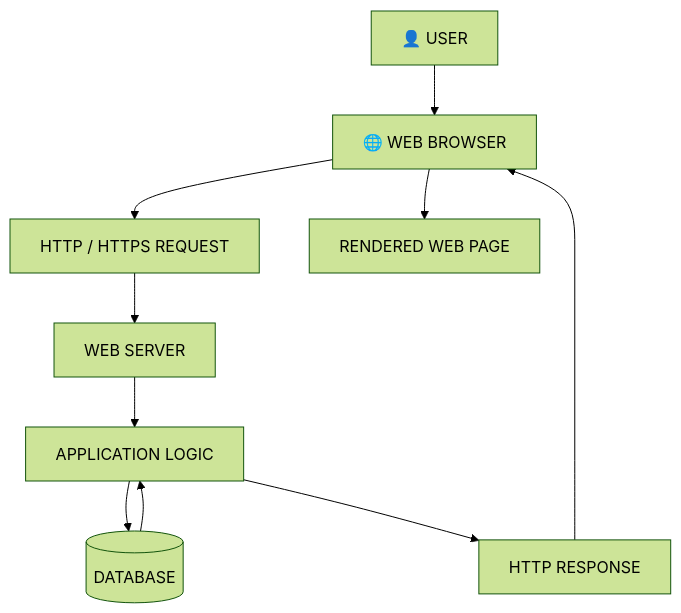
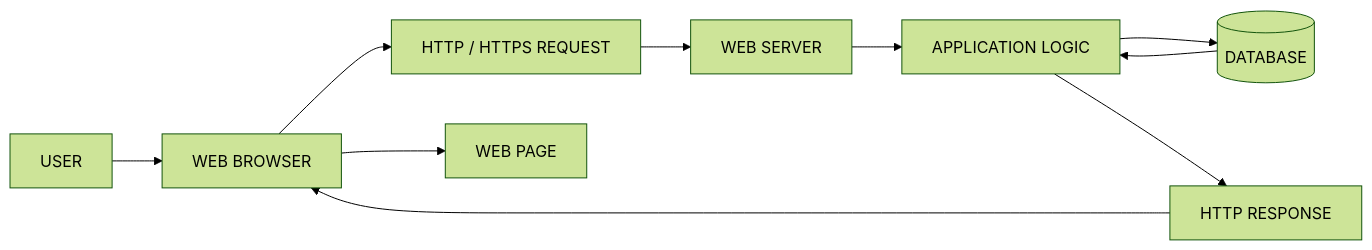
Before and after one commit to GhostMaskR/Web-Application-Basics: the second of 5 diagrams in README.md, drawn with Mermaid (forest theme). The commit also changed other lines of this file, not shown here.

````diff
--- a/README.md
+++ b/README.md
@@ -106,12 +114,12 @@
 ```mermaid
-flowchart TD
-    A["👤 USER"] --> B["🌐 WEB BROWSER"]
+flowchart LR
+    A["USER"] --> B["WEB BROWSER"]
     B --> C["HTTP / HTTPS REQUEST"]
     C --> D["WEB SERVER"]
     D --> E["APPLICATION LOGIC"]
     E --> F[("DATABASE")]
     F --> E
     E --> G["HTTP RESPONSE"]
     G --> B
-    B --> H["RENDERED WEB PAGE"]
+    B --> H["WEB PAGE"]
 ```
````
